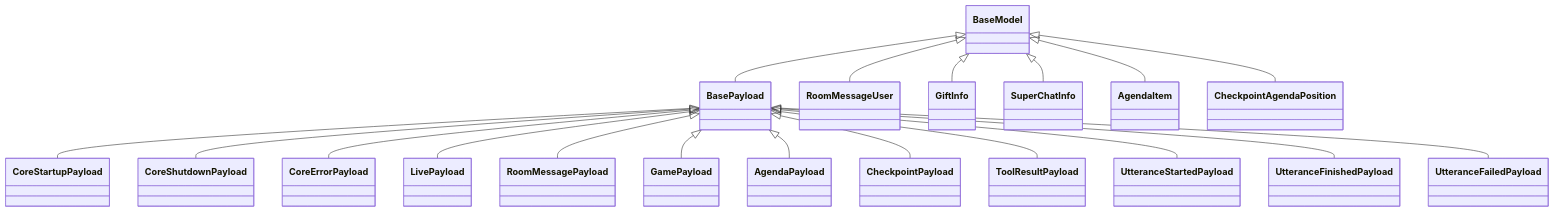
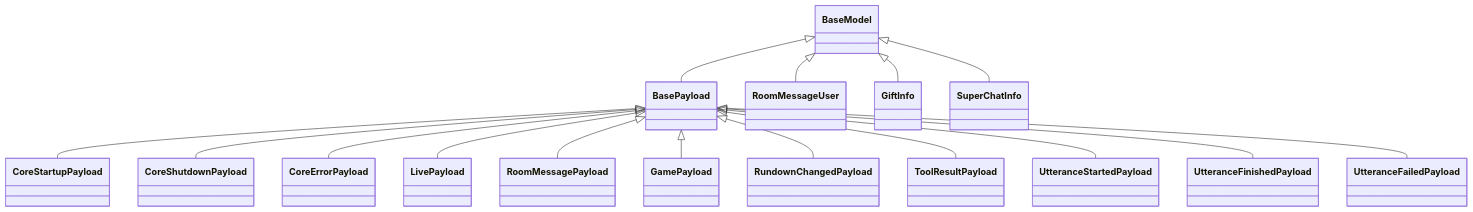
The second of 4 diagrams in docs/architecture/event-system.md (Mai-with-u/Amaidesu), drawn with Mermaid before and after one commit. The commit also changed other lines of this file and 3 other files, not shown here.

````diff
--- a/docs/architecture/event-system.md
+++ b/docs/architecture/event-system.md
@@ -340,21 +343,18 @@
 ```mermaid
 classDiagram
     BaseModel <|-- BasePayload
     BasePayload <|-- CoreStartupPayload
     BasePayload <|-- CoreShutdownPayload
     BasePayload <|-- CoreErrorPayload
     BasePayload <|-- LivePayload
     BasePayload <|-- RoomMessagePayload
     BasePayload <|-- GamePayload
-    BasePayload <|-- AgendaPayload
-    BasePayload <|-- CheckpointPayload
+    BasePayload <|-- RundownChangedPayload
     BasePayload <|-- ToolResultPayload
     BasePayload <|-- UtteranceStartedPayload
     BasePayload <|-- UtteranceFinishedPayload
     BasePayload <|-- UtteranceFailedPayload
     BaseModel <|-- RoomMessageUser
     BaseModel <|-- GiftInfo
     BaseModel <|-- SuperChatInfo
-    BaseModel <|-- AgendaItem
-    BaseModel <|-- CheckpointAgendaPosition
 ```
````
